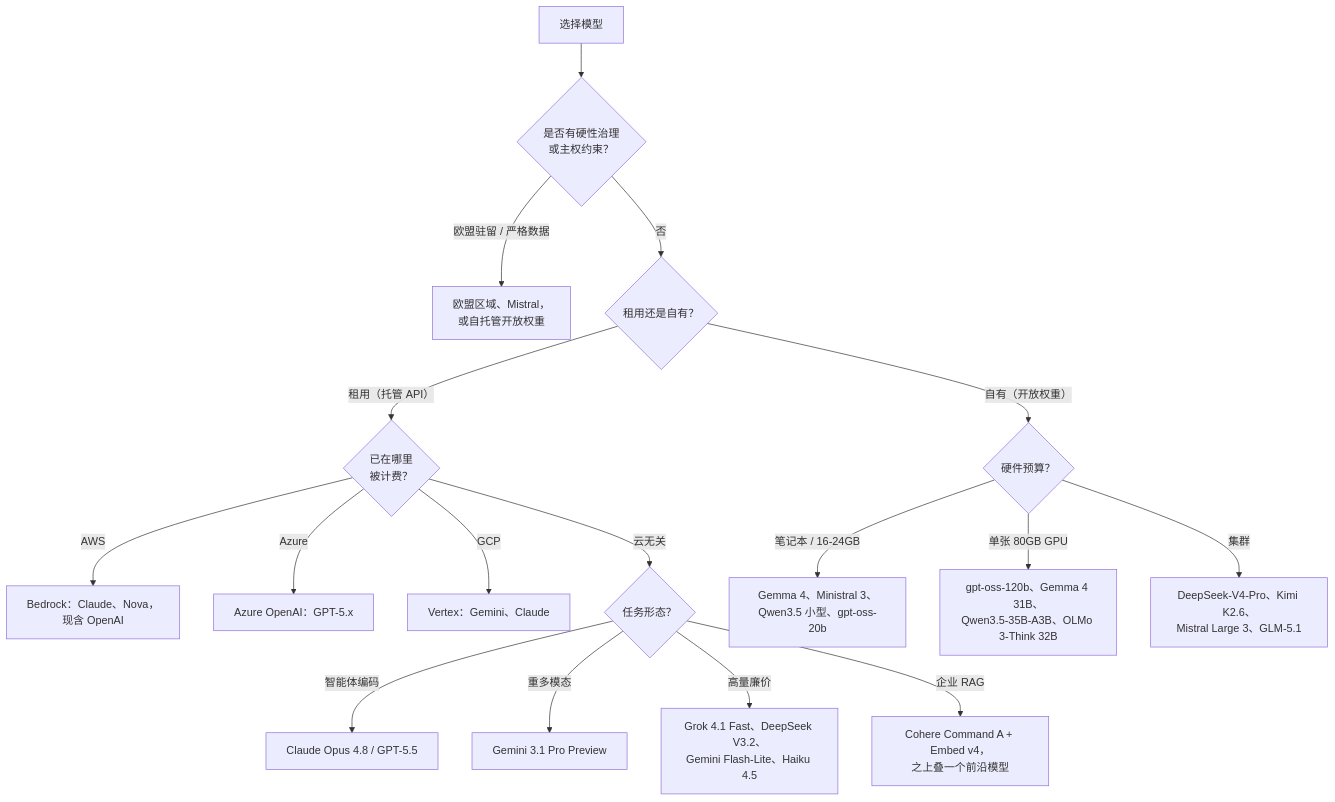
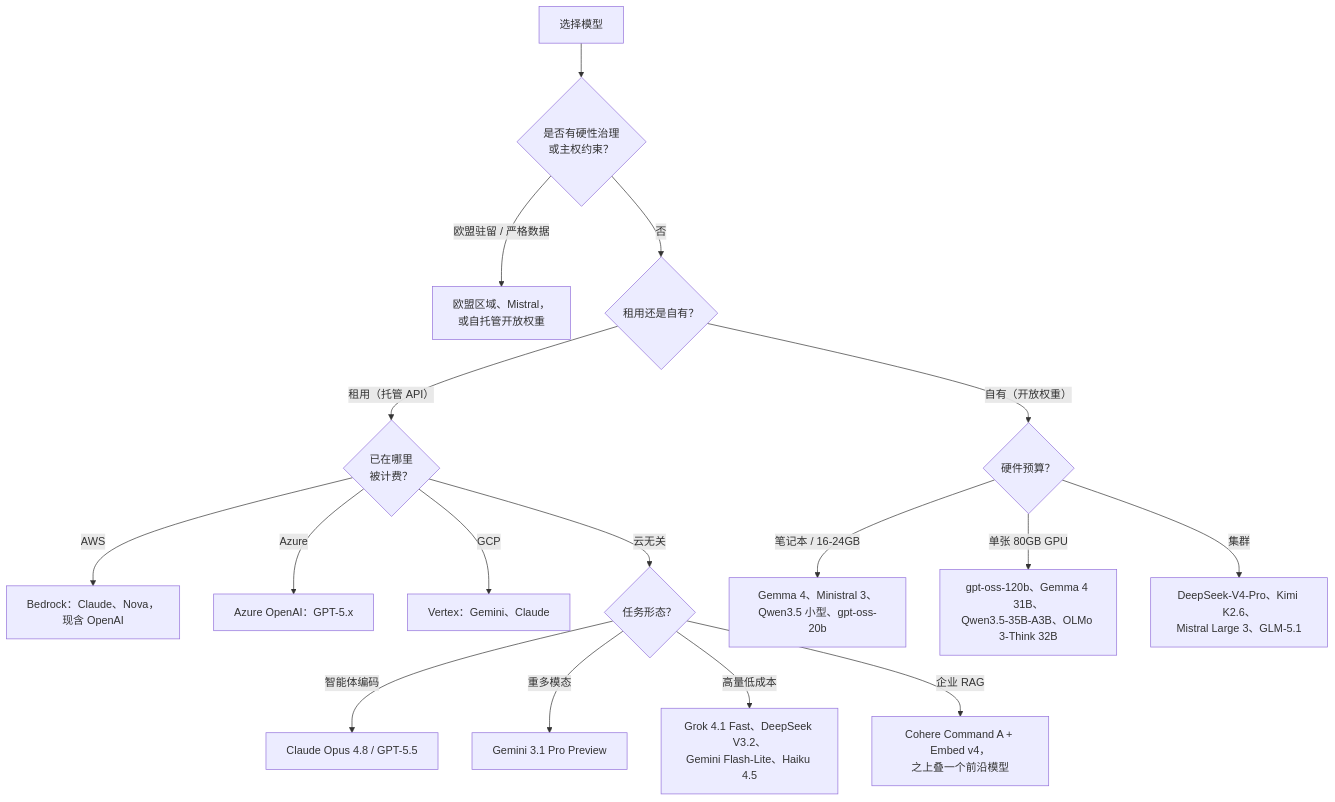
Before and after one commit to latere-ai/ai-as-an-infrastructure: the first of 2 diagrams in zh/practice/01-choosing-a-model.qmd, drawn with Mermaid. The commit also changed other lines of this file and 24 other files, not shown here.

````diff
--- a/zh/practice/01-choosing-a-model.qmd
+++ b/zh/practice/01-choosing-a-model.qmd
@@ -100,24 +100,24 @@
 ```{mermaid}
 %%| label: fig-model-decision
 %%| fig-cap: "2026 年年中挑选模型的决策顺序。计费所在的云和治理约束，通常比质量更早拍板。"
 flowchart TD
   start["选择模型"] --> gov{"是否有硬性治理<br>或主权约束？"}
   gov -->|"欧盟驻留 / 严格数据"| sov["欧盟区域、Mistral，<br>或自托管开放权重"]
   gov -->|否| host{"租用还是自有？"}
 
   host -->|"租用（托管 API）"| cloud{"已在哪里<br>被计费？"}
   cloud -->|AWS| bedrock["Bedrock：Claude、Nova，<br>现含 OpenAI"]
   cloud -->|Azure| azure["Azure OpenAI：GPT-5.x"]
   cloud -->|GCP| vertex["Vertex：Gemini、Claude"]
   cloud -->|"云无关"| task
 
   host -->|"自有（开放权重）"| hw{"硬件预算？"}
   hw -->|"笔记本 / 16-24GB"| small["Gemma 4、Ministral 3、<br>Qwen3.5 小型、gpt-oss-20b"]
   hw -->|"单张 80GB GPU"| mid["gpt-oss-120b、Gemma 4 31B、<br>Qwen3.5-35B-A3B、OLMo 3-Think 32B"]
   hw -->|"集群"| big["DeepSeek-V4-Pro、Kimi K2.6、<br>Mistral Large 3、GLM-5.1"]
 
   task{"任务形态？"} -->|"智能体编码"| code["Claude Opus 4.8 / GPT-5.5"]
   task -->|"重多模态"| mm["Gemini 3.1 Pro Preview"]
-  task -->|"高量廉价"| cheap["Grok 4.1 Fast、DeepSeek V3.2、<br>Gemini Flash-Lite、Haiku 4.5"]
+  task -->|"高量低成本"| cheap["Grok 4.1 Fast、DeepSeek V3.2、<br>Gemini Flash-Lite、Haiku 4.5"]
   task -->|"企业 RAG"| rag["Cohere Command A + Embed v4，<br>之上叠一个前沿模型"]
 ```
````
